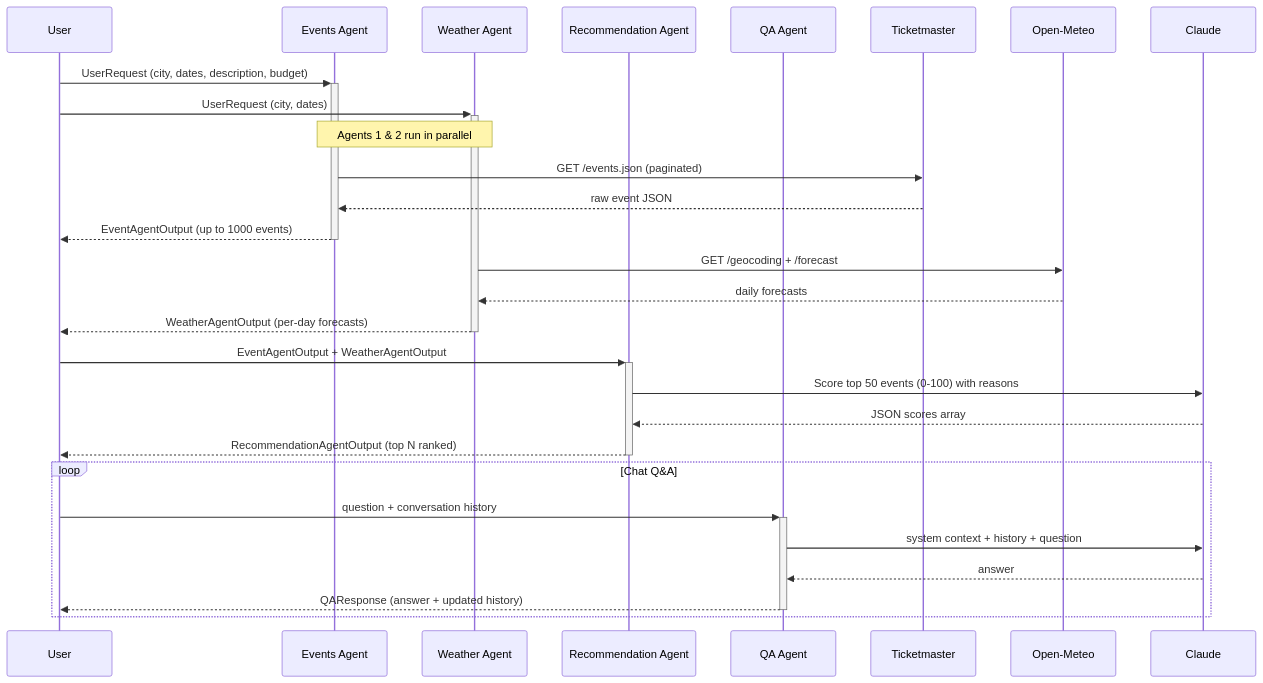
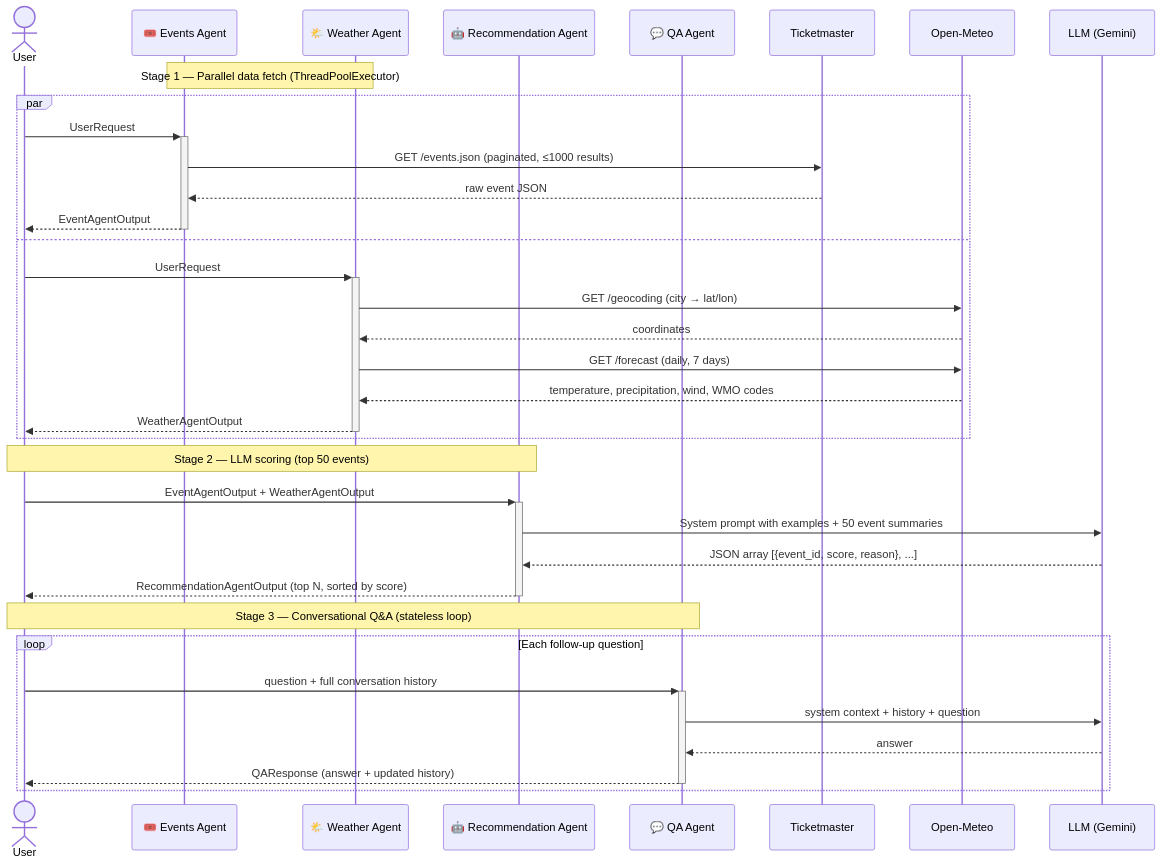
The second of 6 diagrams in README.md (ritwiksharan/event-recommendor), drawn with Mermaid before and after one commit. The commit also changed other lines of this file and 20 other files, not shown here.

````diff
--- a/README.md
+++ b/README.md
@@ -55,36 +69,40 @@
 ```mermaid
 sequenceDiagram
-    participant U as User
-    participant A1 as Events Agent
-    participant A2 as Weather Agent
-    participant A3 as Recommendation Agent
-    participant A4 as QA Agent
+    actor U as User
+    participant A1 as 🎟️ Events Agent
+    participant A2 as 🌤️ Weather Agent
+    participant A3 as 🤖 Recommendation Agent
+    participant A4 as 💬 QA Agent
     participant TM as Ticketmaster
     participant OM as Open-Meteo
-    participant CL as Claude
+    participant LLM as LLM (Gemini)
 
-    U->>+A1: UserRequest (city, dates, description, budget)
-    U->>+A2: UserRequest (city, dates)
+    Note over A1,A2: Stage 1 — Parallel data fetch (ThreadPoolExecutor)
+    par
+        U->>+A1: UserRequest
+        A1->>TM: GET /events.json (paginated, ≤1000 results)
+        TM-->>A1: raw event JSON
+        A1-->>-U: EventAgentOutput
+    and
+        U->>+A2: UserRequest
+        A2->>OM: GET /geocoding (city → lat/lon)
+        OM-->>A2: coordinates
+        A2->>OM: GET /forecast (daily, 7 days)
+        OM-->>A2: temperature, precipitation, wind, WMO codes
+        A2-->>-U: WeatherAgentOutput
+    end
 
-    Note over A1,A2: Agents 1 & 2 run in parallel
+    Note over U,A3: Stage 2 — LLM scoring (top 50 events)
+    U->>+A3: EventAgentOutput + WeatherAgentOutput
+    A3->>LLM: System prompt with examples + 50 event summaries
+    LLM-->>A3: JSON array [{event_id, score, reason}, ...]
+    A3-->>-U: RecommendationAgentOutput (top N, sorted by score)
 
-    A1->>TM: GET /events.json (paginated)
-    TM-->>A1: raw event JSON
-    A1-->>-U: EventAgentOutput (up to 1000 events)
-
-    A2->>OM: GET /geocoding + /forecast
-    OM-->>A2: daily forecasts
-    A2-->>-U: WeatherAgentOutput (per-day forecasts)
-
-    U->>+A3: EventAgentOutput + WeatherAgentOutput
-    A3->>CL: Score top 50 events (0-100) with reasons
-    CL-->>A3: JSON scores array
-    A3-->>-U: RecommendationAgentOutput (top N ranked)
-
-    loop Chat Q&A
-        U->>+A4: question + conversation history
-        A4->>CL: system context + history + question
-        CL-->>A4: answer
+    Note over U,A4: Stage 3 — Conversational Q&A (stateless loop)
+    loop Each follow-up question
+        U->>+A4: question + full conversation history
+        A4->>LLM: system context + history + question
+        LLM-->>A4: answer
         A4-->>-U: QAResponse (answer + updated history)
     end
 ```
````
